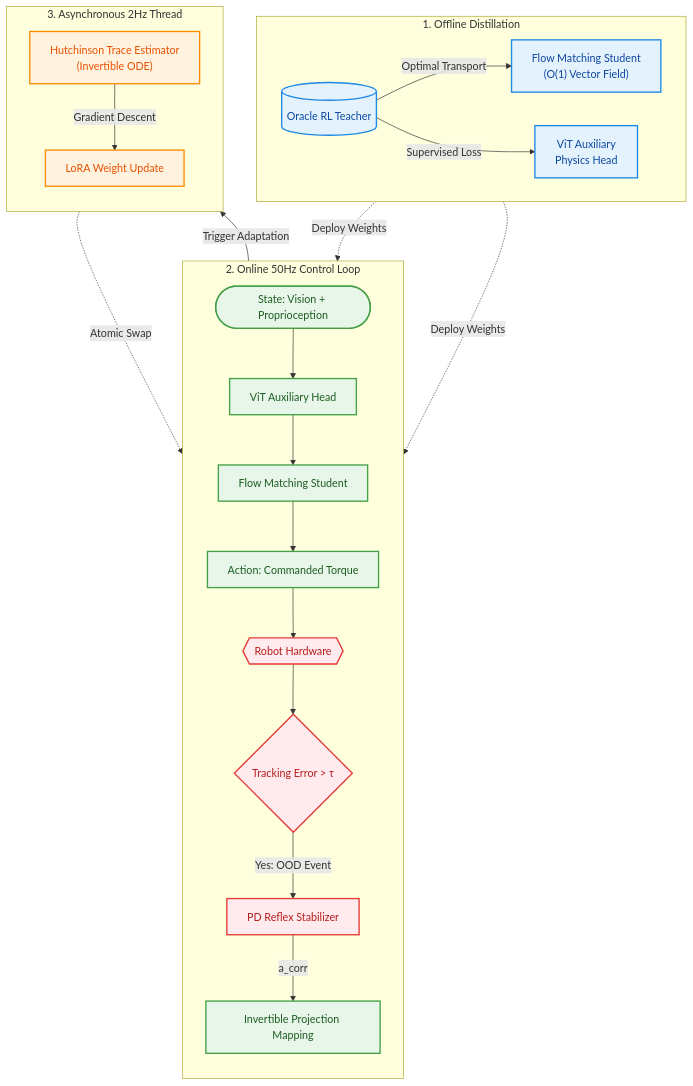
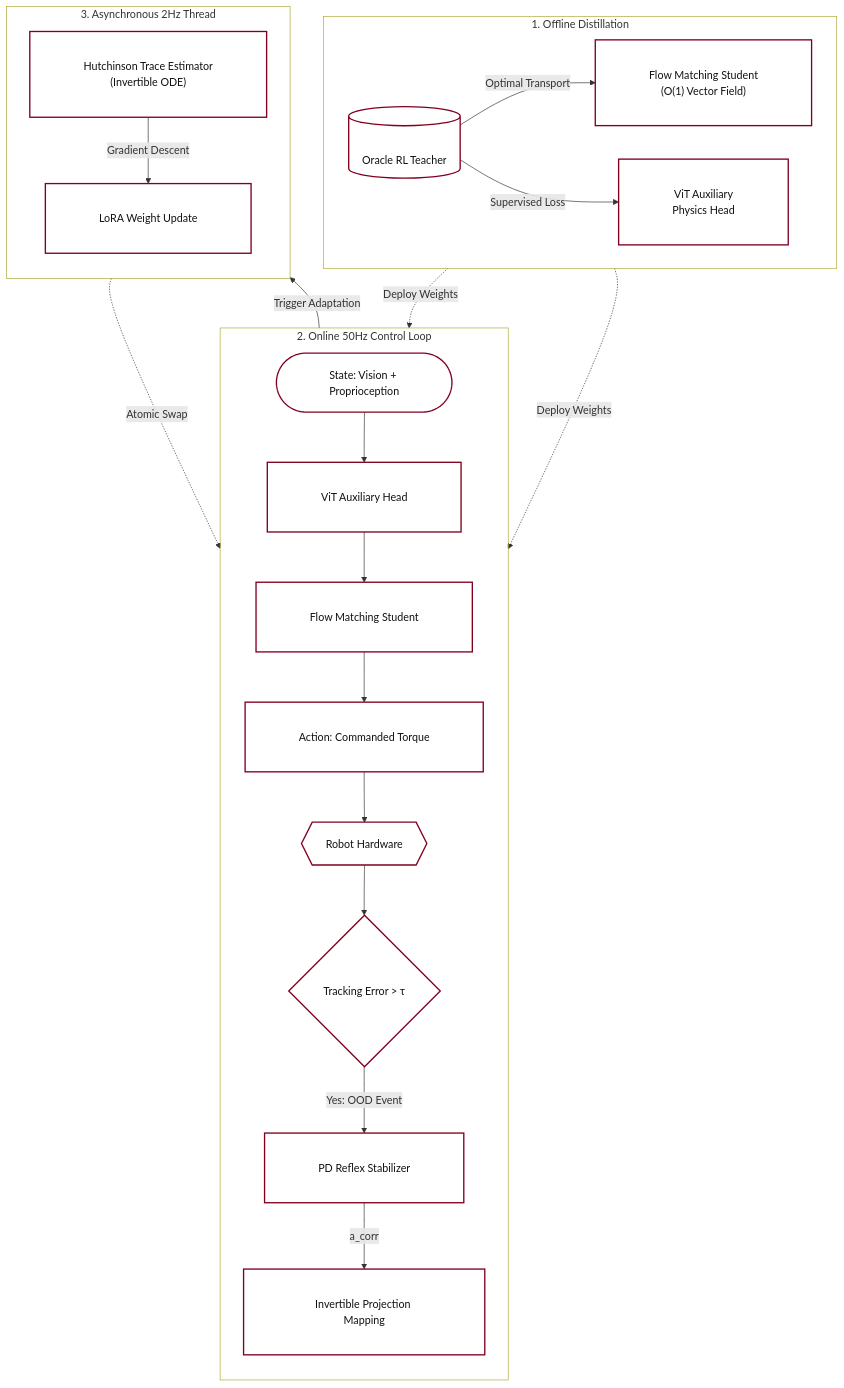
One commit to reforcemind/reforcemind.github.io changed the diagram in js/posts/ref-001/ref-001.md. Above: the diagram before and after it, drawn with Mermaid. The commit also changed other lines of this file and 6 other files, not shown here.

````diff
--- a/js/posts/ref-001/ref-001.md
+++ b/js/posts/ref-001/ref-001.md
@@ -30,53 +30,54 @@
 ```mermaid
+%%{init: {'themeVariables': { 'background': 'transparent', 'clusterBkg': 'transparent' }, 'flowchart': { 'padding': 40, 'titleTopMargin': 20 }}}%%
 flowchart TB
-    classDef pretrain fill:#e3f2fd,stroke:#1e88e5,stroke-width:2px,color:#0d47a1
-    classDef deploy fill:#e8f5e9,stroke:#43a047,stroke-width:2px,color:#1b5e20
-    classDef hardware fill:#ffebee,stroke:#e53935,stroke-width:2px,color:#b71c1c
-    classDef adapt fill:#fff3e0,stroke:#fb8c00,stroke-width:2px,color:#e65100
+    classDef pretrain fill:transparent,stroke:#800020,stroke-width:2px,color:#111
+    classDef deploy fill:transparent,stroke:#800020,stroke-width:2px,color:#111
+    classDef hardware fill:transparent,stroke:#800020,stroke-width:2px,color:#111
+    classDef adapt fill:transparent,stroke:#800020,stroke-width:2px,color:#111
 
-    subgraph Pretraining ["1. Offline Distillation"]
+    subgraph Pretraining ["1. Offline Distillation<br><br><br><br>"]
         direction LR
         O[("Oracle RL Teacher")] 
         F1["Flow Matching Student<br/>(O(1) Vector Field)"]
         V1["ViT Auxiliary<br/>Physics Head"]
         O -->|Optimal Transport| F1
         O -->|Supervised Loss| V1
     end
 
-    subgraph Deployment ["2. Online 50Hz Control Loop"]
+    subgraph Deployment ["2. Online 50Hz Control Loop<br><br><br><br>"]
         direction TB
         S(["State: Vision + Proprioception"])
         V2["ViT Auxiliary Head"]
         F2["Flow Matching Student"]
         A["Action: Commanded Torque"]
         R{{"Robot Hardware"}}
         E{"Tracking Error > τ"}
         PD["PD Reflex Stabilizer"]
         P["Invertible Projection Mapping"]
 
         S --> V2
         V2 --> F2
         F2 --> A
         A --> R
         R --> E
         E -->|Yes: OOD Event| PD
         PD -->|a_corr| P
     end
 
-    subgraph Adaptation ["3. Asynchronous 2Hz Thread"]
+    subgraph Adaptation ["3. Asynchronous 2Hz Thread<br><br><br><br>"]
         direction TB
         I["Hutchinson Trace Estimator<br/>(Invertible ODE)"]
         L["LoRA Weight Update"]
         I -->|Gradient Descent| L
     end
 
     F1 -.->|Deploy Weights| F2
     V1 -.->|Deploy Weights| V2
     P -->|Trigger Adaptation| I
     L -.->|Atomic Swap| V2
 
     class O,F1,V1 pretrain
     class S,V2,F2,A,P deploy
     class R,E,PD hardware
     class I,L adapt
 ```
````
